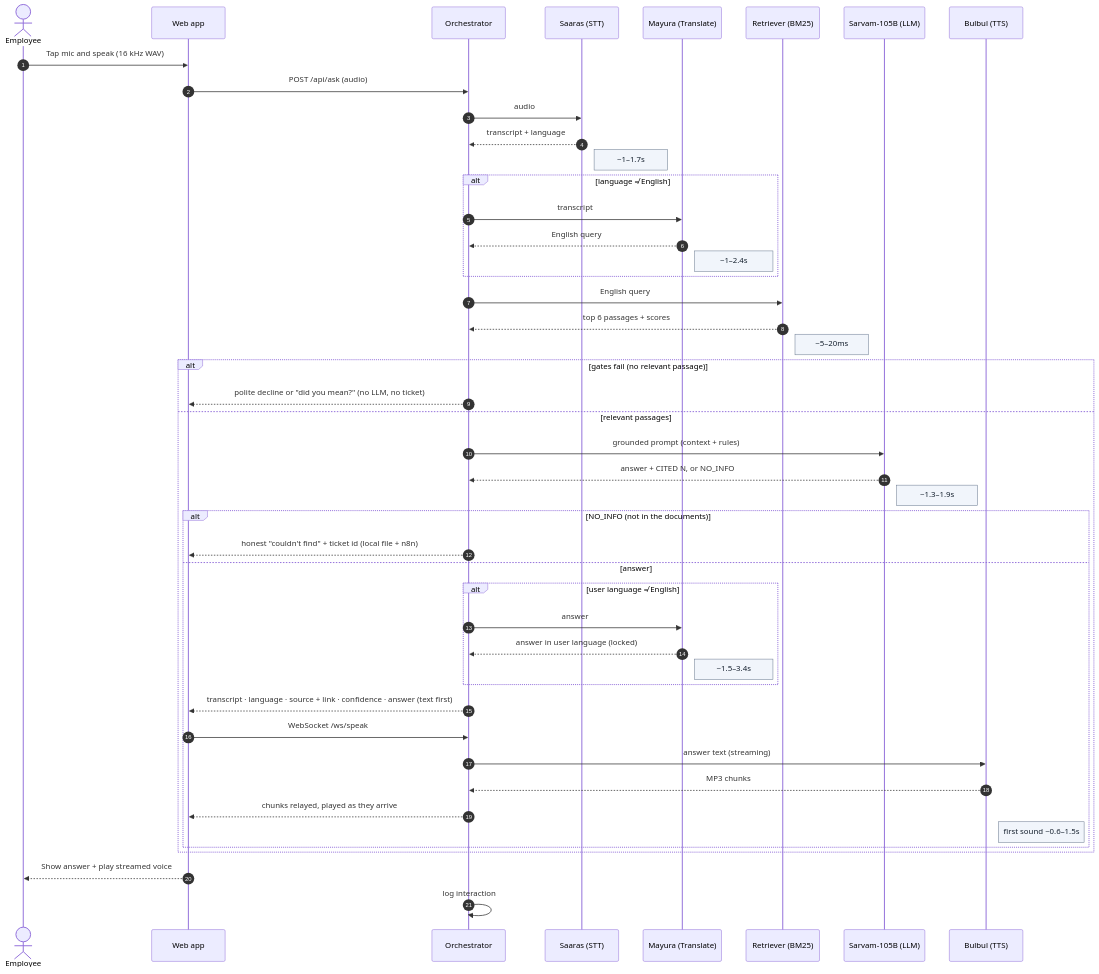
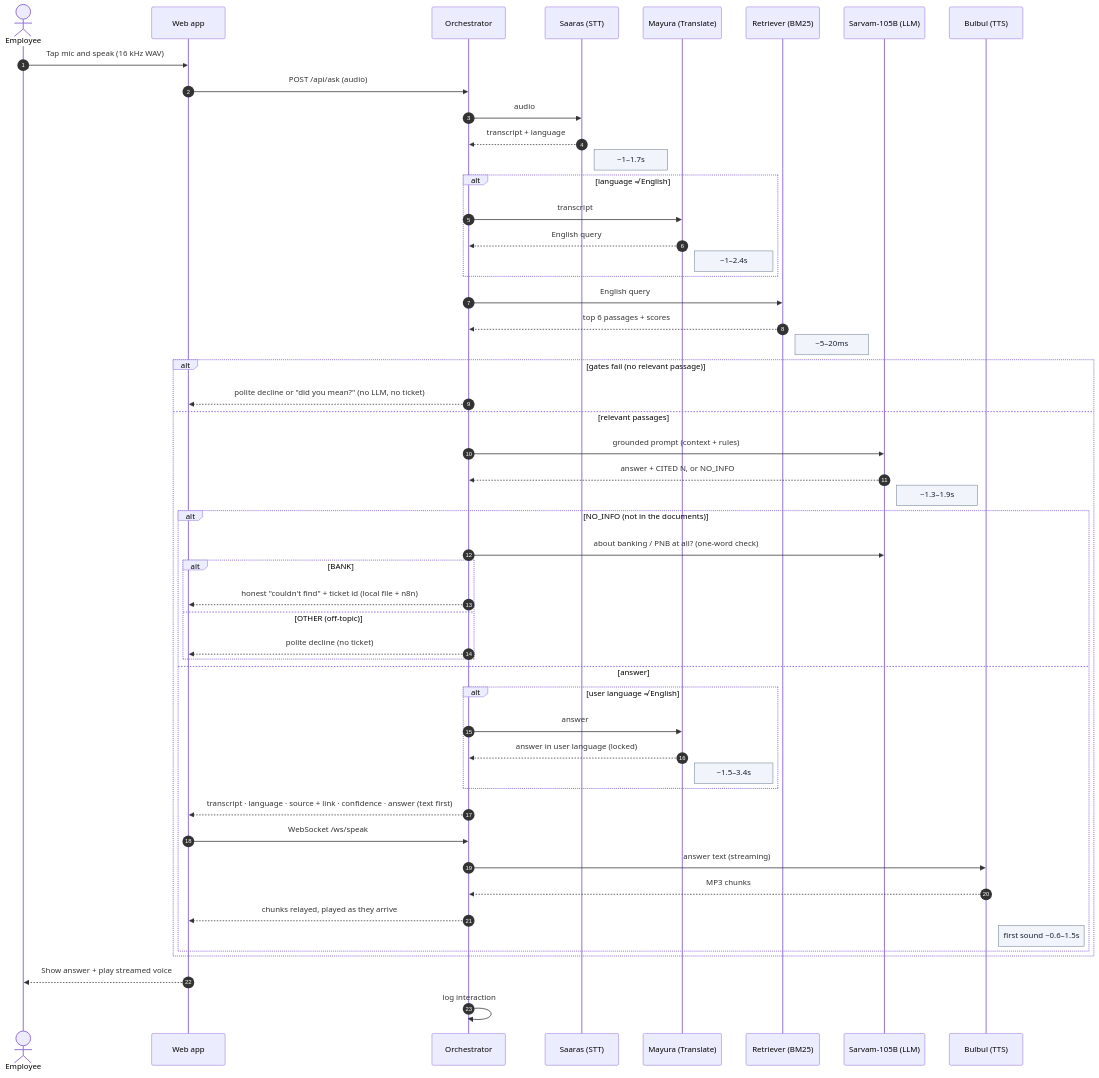
The third of 6 diagrams in docs/architecture.md (vihb09/pnb-sahayak), drawn with Mermaid before and after one commit. The commit also changed other lines of this file and 5 other files, not shown here.

First line of the commit message:
Off-topic questions no longer raise tickets

````diff
--- a/docs/architecture.md
+++ b/docs/architecture.md
@@ -155,51 +157,56 @@
 ```mermaid
 %%{init: {'themeVariables': {'noteBkgColor':'#F1F5FB','noteBorderColor':'#64748B','noteTextColor':'#15202E'}}}%%
 sequenceDiagram
     autonumber
     actor E as Employee
     participant W as Web app
     participant O as Orchestrator
     participant S as Saaras (STT)
     participant M as Mayura (Translate)
     participant R as Retriever (BM25)
     participant L as Sarvam-105B (LLM)
     participant B as Bulbul (TTS)
 
     E->>W: Tap mic and speak (16 kHz WAV)
     W->>O: POST /api/ask (audio)
     O->>S: audio
     S-->>O: transcript + language
     Note right of S: ~1–1.7s
     alt language ≠ English
         O->>M: transcript
         M-->>O: English query
         Note right of M: ~1–2.4s
     end
     O->>R: English query
     R-->>O: top 6 passages + scores
     Note right of R: ~5–20ms
     alt gates fail (no relevant passage)
         O-->>W: polite decline or "did you mean?" (no LLM, no ticket)
     else relevant passages
         O->>L: grounded prompt (context + rules)
         L-->>O: answer + CITED N, or NO_INFO
         Note right of L: ~1.3–1.9s
         alt NO_INFO (not in the documents)
-            O-->>W: honest "couldn't find" + ticket id (local file + n8n)
+            O->>L: about banking / PNB at all? (one-word check)
+            alt BANK
+                O-->>W: honest "couldn't find" + ticket id (local file + n8n)
+            else OTHER (off-topic)
+                O-->>W: polite decline (no ticket)
+            end
         else answer
             alt user language ≠ English
                 O->>M: answer
                 M-->>O: answer in user language (locked)
                 Note right of M: ~1.5–3.4s
             end
             O-->>W: transcript · language · source + link · confidence · answer (text first)
             W->>O: WebSocket /ws/speak
             O->>B: answer text (streaming)
             B-->>O: MP3 chunks
             O-->>W: chunks relayed, played as they arrive
             Note right of B: first sound ~0.6–1.5s
         end
     end
     W-->>E: Show answer + play streamed voice
     O->>O: log interaction
 ```
````
